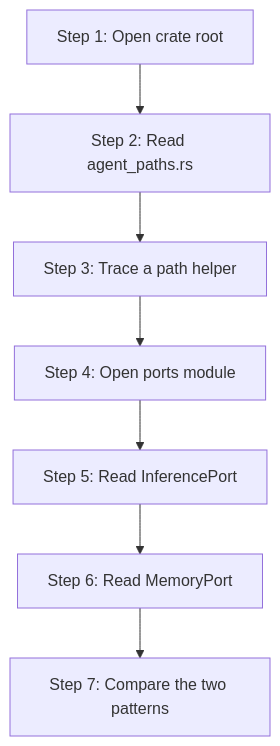
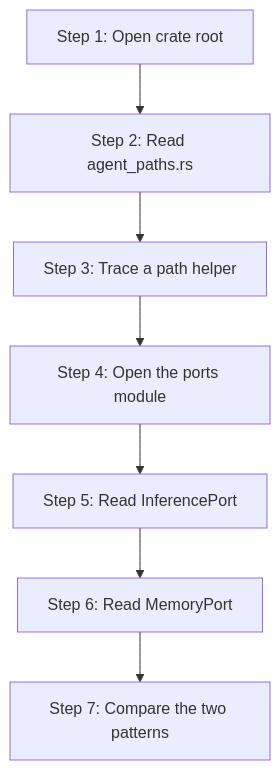
One commit to mdz-axo/zed-kask changed the diagram in kask/docs/diataxis/hkask-types/tutorial.md. Above: the diagram before and after it, drawn with Mermaid. The commit also changed other lines of this file and 41 other files, not shown here.

````diff
--- a/kask/docs/diataxis/hkask-types/tutorial.md
+++ b/kask/docs/diataxis/hkask-types/tutorial.md
@@ -21,9 +22,9 @@
 ```mermaid
 flowchart TD
     A[Step 1: Open crate root] --> B[Step 2: Read agent_paths.rs]
     B --> C[Step 3: Trace a path helper]
-    C --> D[Step 4: Open ports module]
+    C --> D[Step 4: Open the ports module]
     D --> E[Step 5: Read InferencePort]
     E --> F[Step 6: Read MemoryPort]
     F --> G[Step 7: Compare the two patterns]
 ```
````
